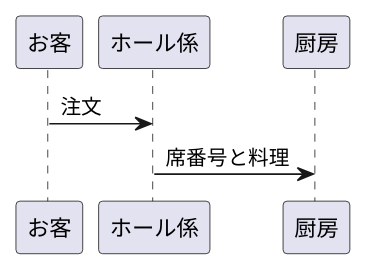
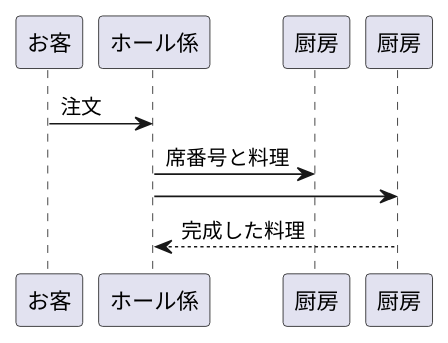
One commit to Aso2001367/2021sys-design changed the diagram in kadai3.md. Above: the diagram before and after it, drawn with PlantUML.

````diff
--- a/kadai3.md
+++ b/kadai3.md
@@ -1,6 +1,8 @@
 ```uml
 @startuml
 お客 -> "ホール係" :注文
 "ホール係" -> "厨房" :席番号と料理
+"ホール係" -> Long as "厨房"
+Long --> "ホール係" :完成した料理
 @enduml
 ```
````
